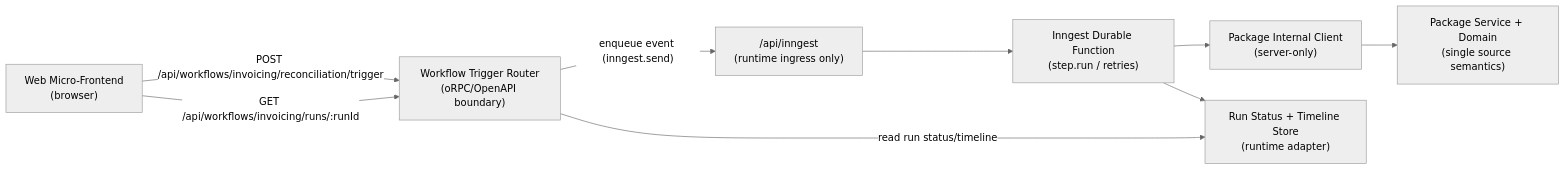
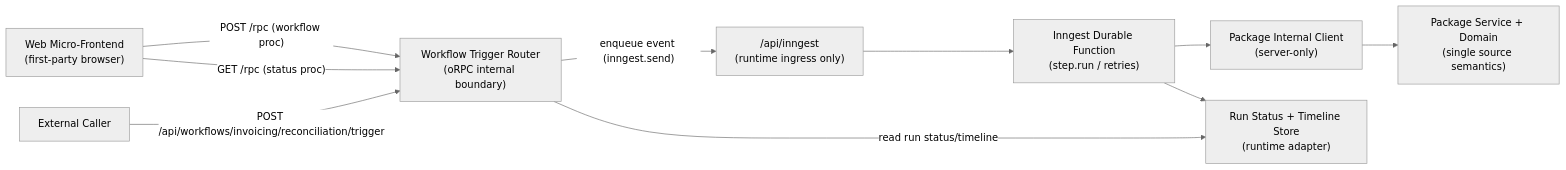
Before and after one commit to rawr-ai/rawr-hq-template: the diagram in docs/projects/flat-runtime-session-review/orpc-ingest-spec-packet/examples/E2E_03_MICROFRONTEND_API_WORKFLOW_INTEGRATION.md, drawn with Mermaid (neutral theme). The commit also changed other lines of this file and 16 other files, not shown here.

````diff
--- a/docs/projects/flat-runtime-session-review/orpc-ingest-spec-packet/examples/E2E_03_MICROFRONTEND_API_WORKFLOW_INTEGRATION.md
+++ b/docs/projects/flat-runtime-session-review/orpc-ingest-spec-packet/examples/E2E_03_MICROFRONTEND_API_WORKFLOW_INTEGRATION.md
@@ -55,11 +35,12 @@
 ```mermaid
 flowchart LR
-  MFE["Web Micro-Frontend\n(browser)"] -->|"POST /api/workflows/invoicing/reconciliation/trigger"| WFAPI["Workflow Trigger Router\n(oRPC/OpenAPI boundary)"]
-  MFE -->|"GET /api/workflows/invoicing/runs/:runId"| WFAPI
+  MFE["Web Micro-Frontend\n(first-party browser)"] -->|"POST /rpc (workflow proc)"| WFAPI["Workflow Trigger Router\n(oRPC internal boundary)"]
+  MFE -->|"GET /rpc (status proc)"| WFAPI
+  EXT["External Caller"] -->|"POST /api/workflows/invoicing/reconciliation/trigger"| WFAPI
   WFAPI -->|"enqueue event (inngest.send)"| INGRESS["/api/inngest\n(runtime ingress only)"]
   INGRESS --> FUNC["Inngest Durable Function\n(step.run / retries)"]
   FUNC --> PKGCLI["Package Internal Client\n(server-only)"]
   PKGCLI --> PKGSVC["Package Service + Domain\n(single source semantics)"]
   FUNC --> RUNTIME["Run Status + Timeline Store\n(runtime adapter)"]
   WFAPI -->|"read run status/timeline"| RUNTIME
 ```
````
